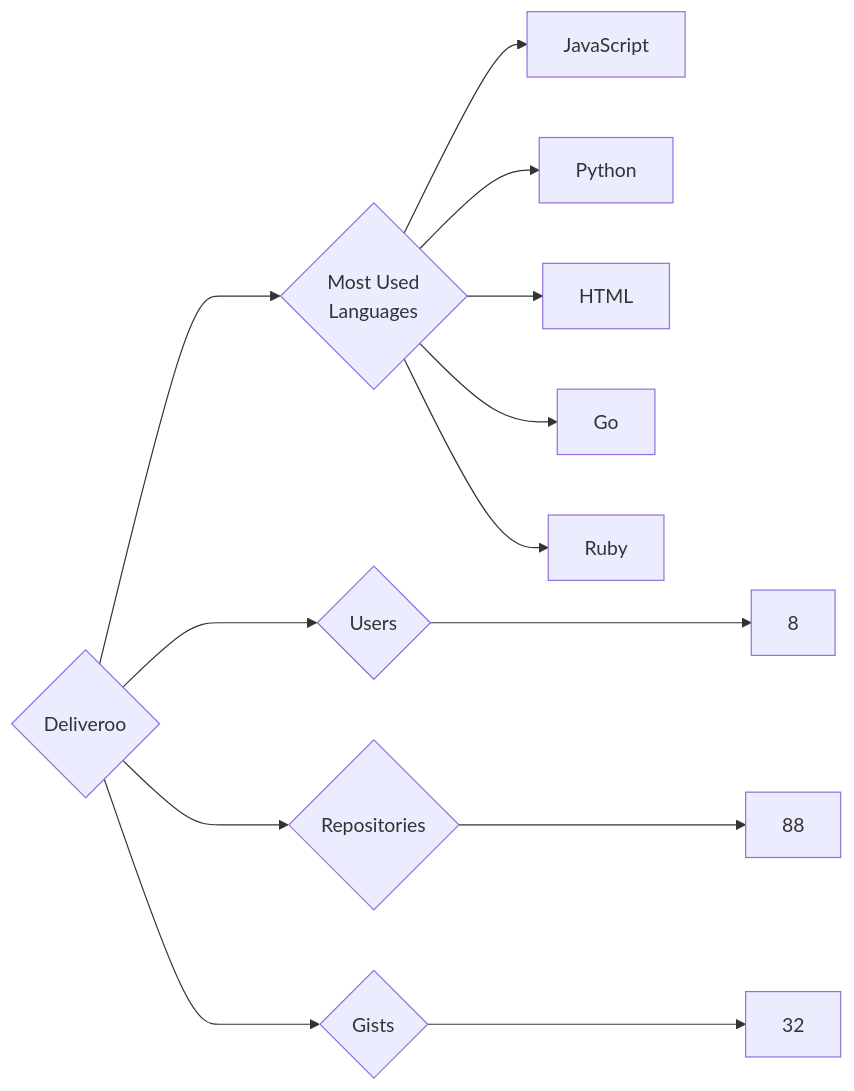
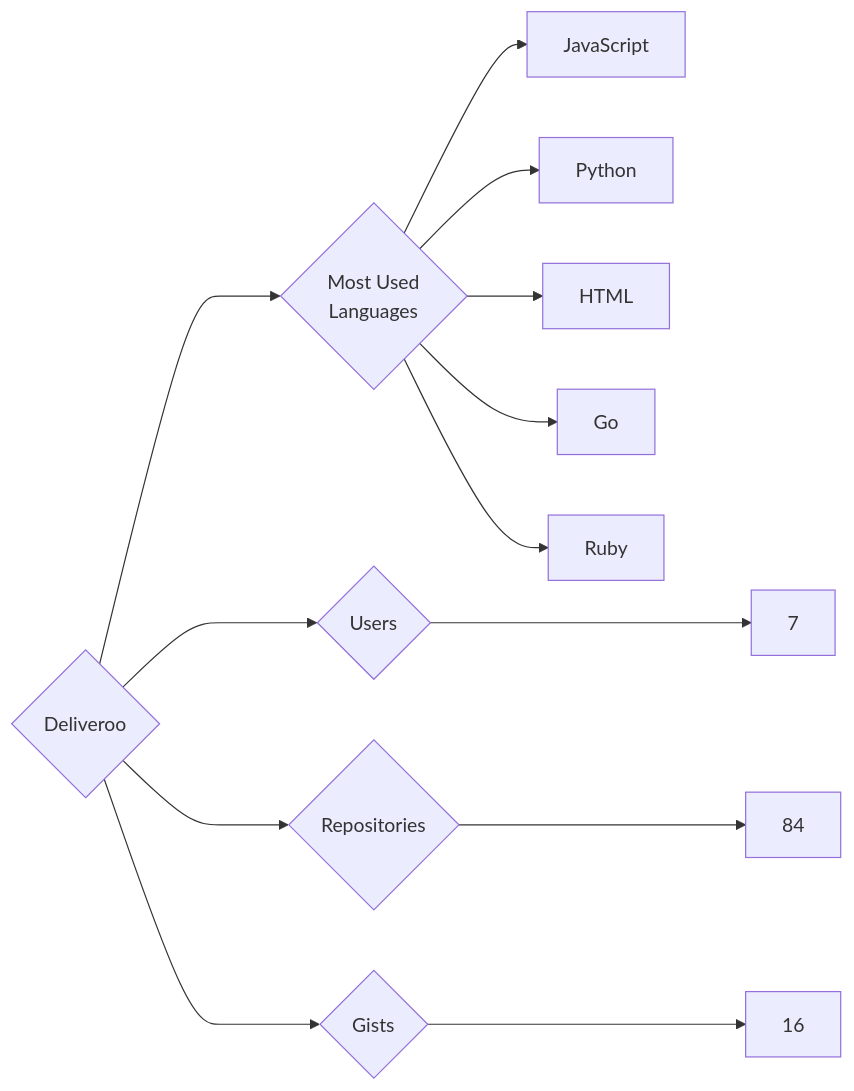
One commit to trickest/insiders changed the diagram in targets/Deliveroo/README.md. Above: the diagram before and after it, drawn with Mermaid. The commit also changed 859 other files, not shown here.

````diff
--- a/targets/Deliveroo/README.md
+++ b/targets/Deliveroo/README.md
@@ -3,13 +3,13 @@
 ```mermaid
 graph LR
 COMPANY_NAME{Deliveroo}
-COMPANY_NAME ---> U{Users} ---> UN[8]
-COMPANY_NAME ---> R{Repositories} ---> RN[88]
-COMPANY_NAME ---> G{Gists} ---> GN[32]
+COMPANY_NAME ---> U{Users} ---> UN[7]
+COMPANY_NAME ---> R{Repositories} ---> RN[84]
+COMPANY_NAME ---> G{Gists} ---> GN[16]
 COMPANY_NAME ---> ML{Most Used<br>Languages}
 ML --> JavaScript[JavaScript]
 ML --> Python[Python]
 ML --> HTML[HTML]
 ML --> Go[Go]
 ML --> Ruby[Ruby]
 ```
````
